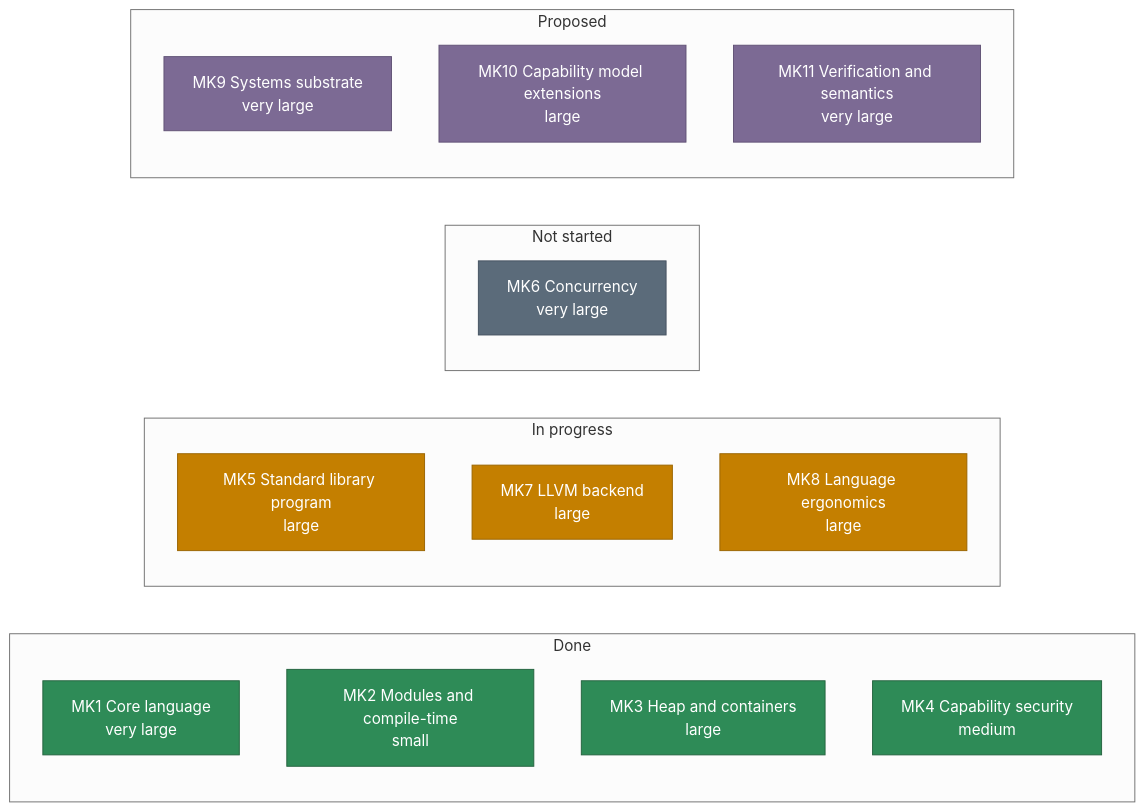
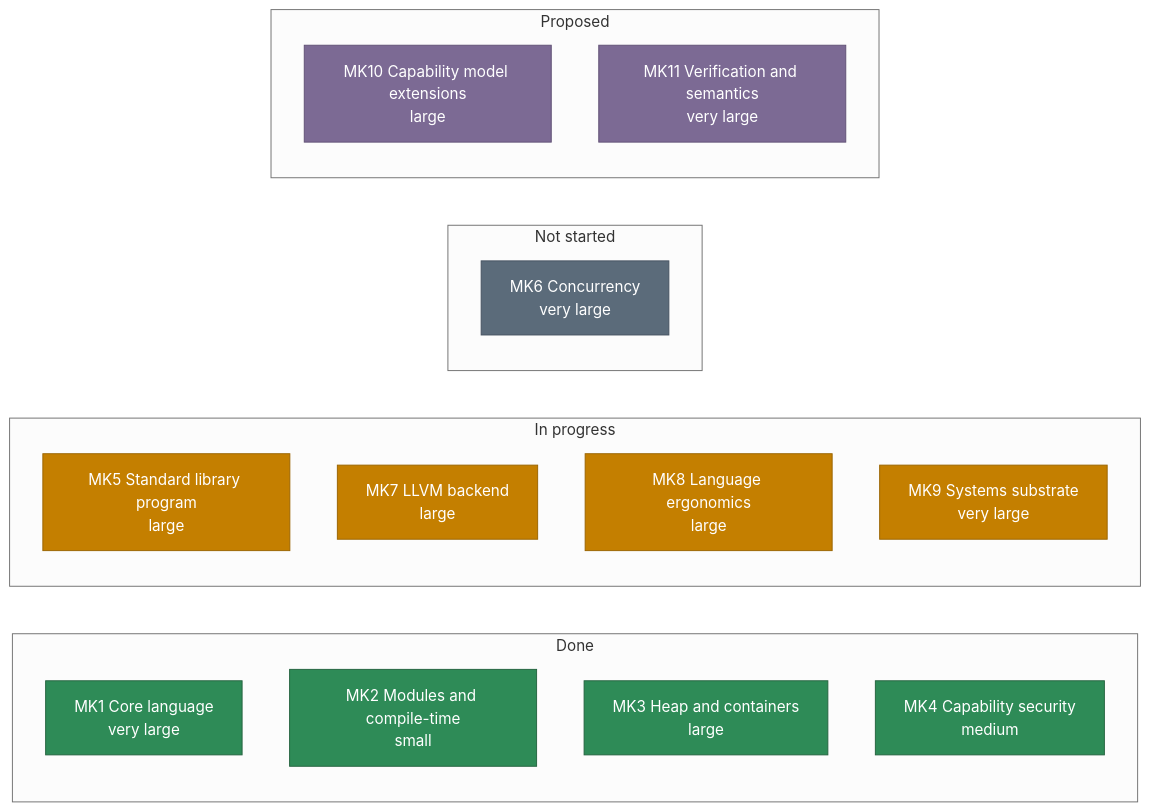
Before and after one commit to cinderflaer/kelp-wiki: the diagram in home.md, drawn with Mermaid (neutral theme). The commit also changed other lines of this file and 3 other files, not shown here.

````diff
--- a/home.md
+++ b/home.md
@@ -83,30 +83,30 @@
 ```mermaid
 flowchart LR
     subgraph done["Done"]
         MK1["MK1 Core language<br/>very large"]
         MK2["MK2 Modules and compile-time<br/>small"]
         MK3["MK3 Heap and containers<br/>large"]
         MK4["MK4 Capability security<br/>medium"]
     end
     subgraph active["In progress"]
         MK5["MK5 Standard library program<br/>large"]
         MK7["MK7 LLVM backend<br/>large"]
         MK8["MK8 Language ergonomics<br/>large"]
+        MK9["MK9 Systems substrate<br/>very large"]
     end
     subgraph planned["Not started"]
         MK6["MK6 Concurrency<br/>very large"]
     end
     subgraph proposed["Proposed"]
-        MK9["MK9 Systems substrate<br/>very large"]
         MK10["MK10 Capability model extensions<br/>large"]
         MK11["MK11 Verification and semantics<br/>very large"]
     end
     classDef statusDone fill:#2e8b57,color:#ffffff,stroke:#24633f
     classDef statusActive fill:#c47f00,color:#ffffff,stroke:#9a6400
     classDef statusPlanned fill:#5b6b7a,color:#ffffff,stroke:#455260
     classDef statusProposed fill:#7c6a94,color:#ffffff,stroke:#615275
     class MK1,MK2,MK3,MK4 statusDone
-    class MK5,MK7,MK8 statusActive
+    class MK5,MK7,MK8,MK9 statusActive
     class MK6 statusPlanned
-    class MK9,MK10,MK11 statusProposed
+    class MK10,MK11 statusProposed
 ```
````
